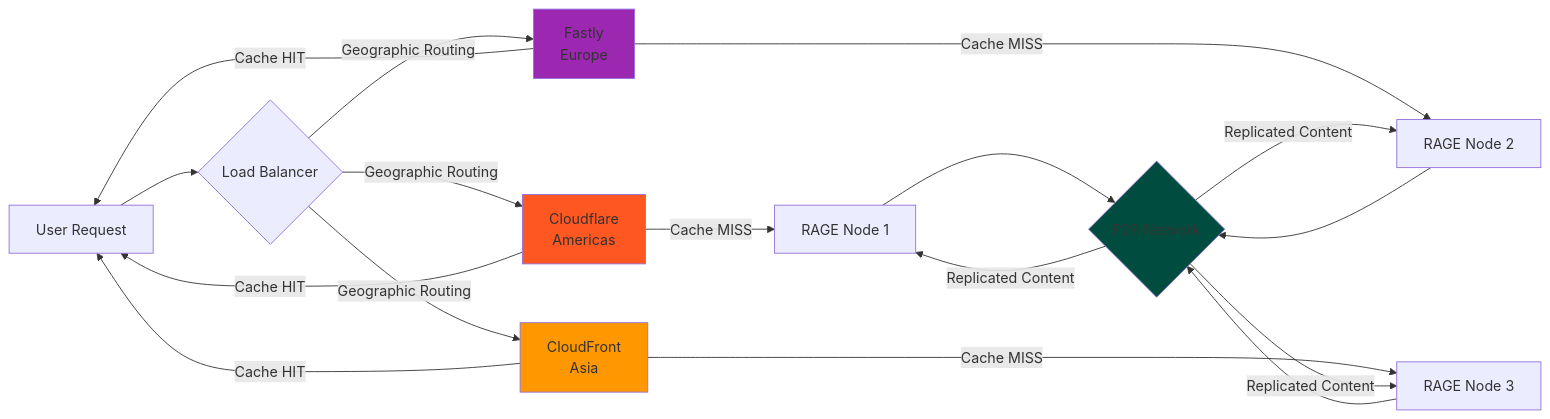
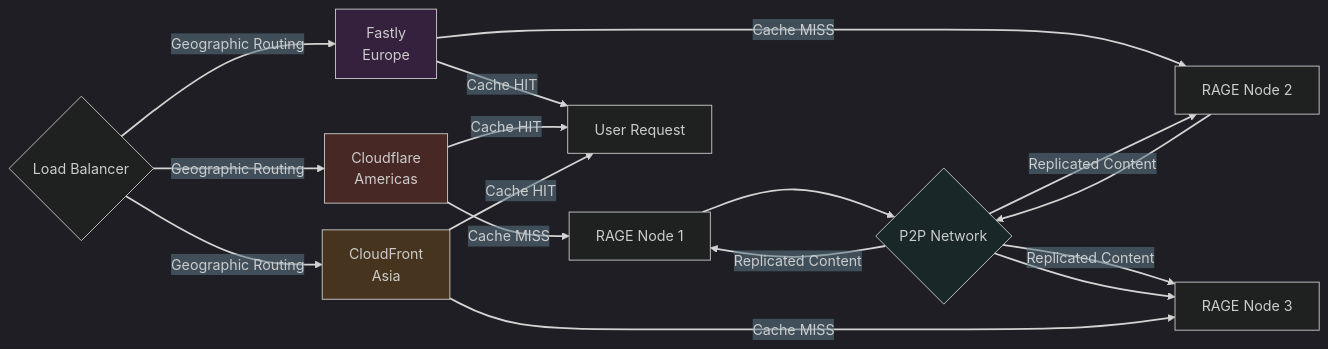
The sixth of 24 diagrams in docs/ARCHITECTURE.md (veics/rage_pitch), drawn with Mermaid before and after one commit. The commit also changed other lines of this file and 8 other files, not shown here.

````diff
--- a/docs/ARCHITECTURE.md
+++ b/docs/ARCHITECTURE.md
@@ -352,29 +383,31 @@
 ```mermaid
+%%{init: {'theme':'dark', 'flowchart': {'nodeSpacing': 30, 'rankSpacing': 40, 'curve': 'basis'}, 'themeVariables': {'labelBackground':'rgba(38, 50, 56, 0.1)'}}}%%
 flowchart LR
-    USER[User Request] --> LB{Load Balancer}
-    
-    LB -->|Geographic Routing| CDN1[Cloudflare<br/>Americas]
+    LB{Load Balancer} -->|Geographic Routing| CDN1[Cloudflare<br/>Americas]
     LB -->|Geographic Routing| CDN2[Fastly<br/>Europe]
     LB -->|Geographic Routing| CDN3[CloudFront<br/>Asia]
     
     CDN1 -->|Cache MISS| ORIGIN1[RAGE Node 1]
     CDN2 -->|Cache MISS| ORIGIN2[RAGE Node 2]
-    CDN3 -->|Cache MISS| ORIGIN3[RAGE Node 3]
-    
-    CDN1 -->|Cache HIT| USER
-    CDN2 -->|Cache HIT| USER
-    CDN3 -->|Cache HIT| USER
     
     ORIGIN1 --> P2P{P2P Network}
     ORIGIN2 --> P2P
-    ORIGIN3 --> P2P
     
     P2P -->|Replicated Content| ORIGIN1
     P2P -->|Replicated Content| ORIGIN2
-    P2P -->|Replicated Content| ORIGIN3
     
-    style CDN1 fill:#FF5722
-    style CDN2 fill:#9C27B0
-    style CDN3 fill:#FF9800
-    style P2P fill:#004D40
+    P2P -->|Replicated Content| ORIGIN3[RAGE Node 3]
+    P2P --> ORIGIN3
+    CDN3 -->|Cache MISS| ORIGIN3
+    
+    CDN2 -->|Cache HIT| USER[User Request]
+    CDN1 -->|Cache HIT| USER
+    CDN3 -->|Cache HIT| USER
+    
+    style CDN1 fill:#FF5722,fill-opacity:0.18
+    style CDN2 fill:#9C27B0,fill-opacity:0.18
+    style CDN3 fill:#FF9800,fill-opacity:0.18
+    style P2P fill:#004D40,fill-opacity:0.18
+
+    linkStyle default stroke-width:2px;
 ```
````
